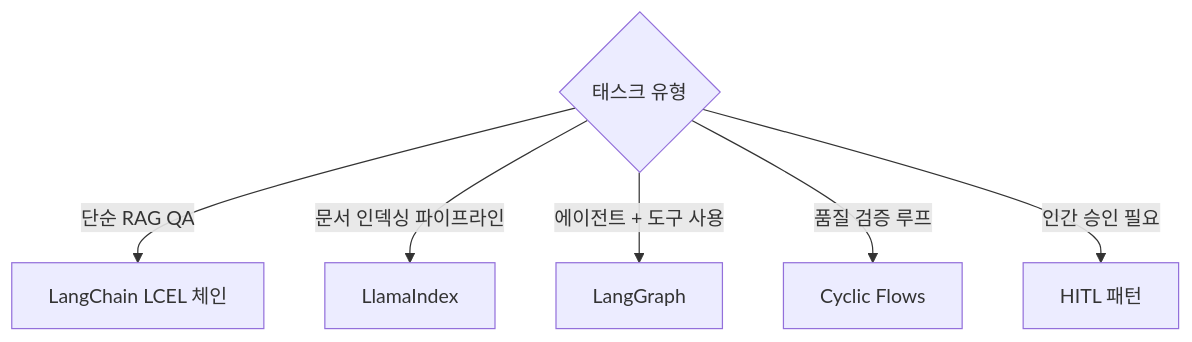
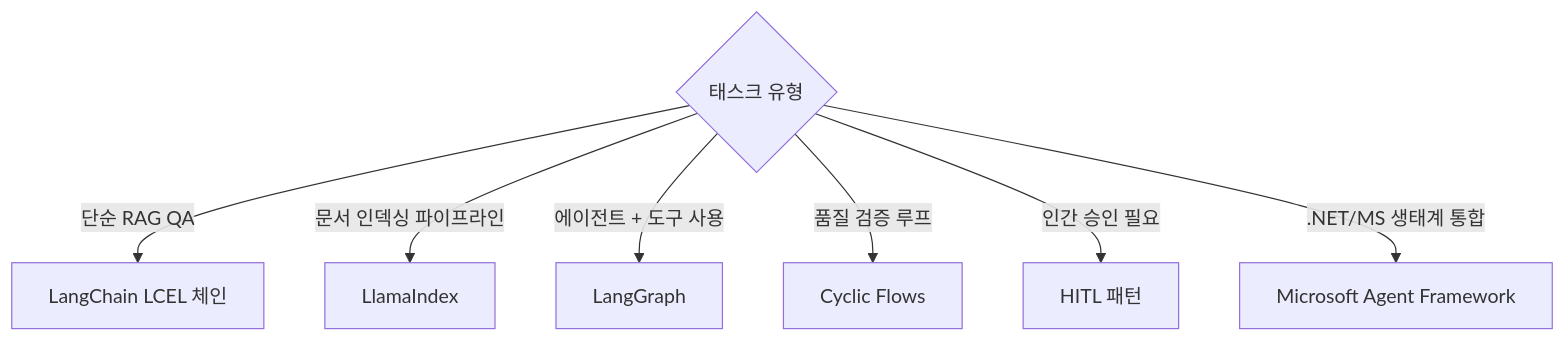
The second of 2 diagrams in wiki/AI/Engineering/Flow_Engineering/Flow_Engineering.md (TaeHunKim/AIEngineeringLLMWiki), drawn with Mermaid before and after one commit. The commit also changed other lines of this file and 66 other files, not shown here.

First line of the commit message:
docs: fill Model/Prompt/Flow/Context/Loop Engineering gaps and refresh stale chapters

````diff
--- a/wiki/AI/Engineering/Flow_Engineering/Flow_Engineering.md
+++ b/wiki/AI/Engineering/Flow_Engineering/Flow_Engineering.md
@@ -43,8 +43,9 @@
 ```mermaid
 flowchart TD
     T{태스크 유형} -->|단순 RAG QA| LC[LangChain LCEL 체인]
     T -->|문서 인덱싱 파이프라인| LI[LlamaIndex]
     T -->|에이전트 + 도구 사용| LG[LangGraph]
     T -->|품질 검증 루프| CF[Cyclic Flows]
     T -->|인간 승인 필요| HITL[HITL 패턴]
+    T -->|.NET/MS 생태계 통합| MAF[Microsoft Agent Framework]
 ```
````
